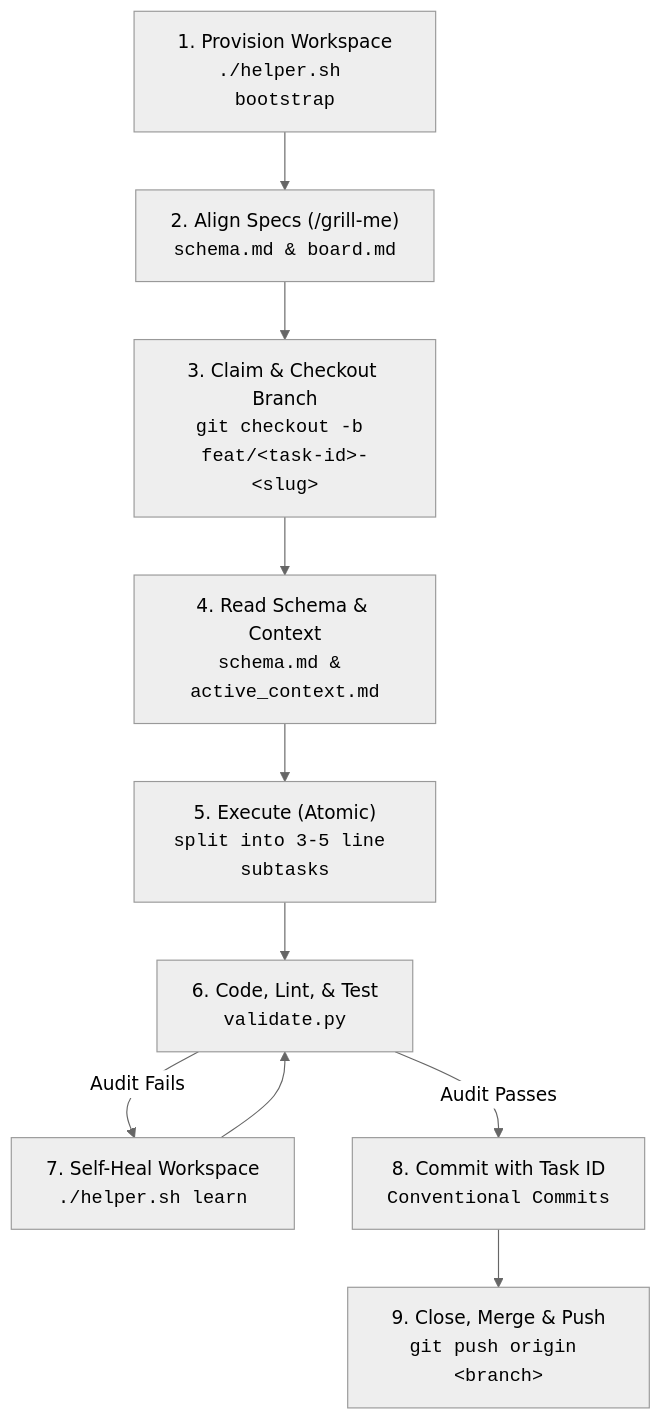
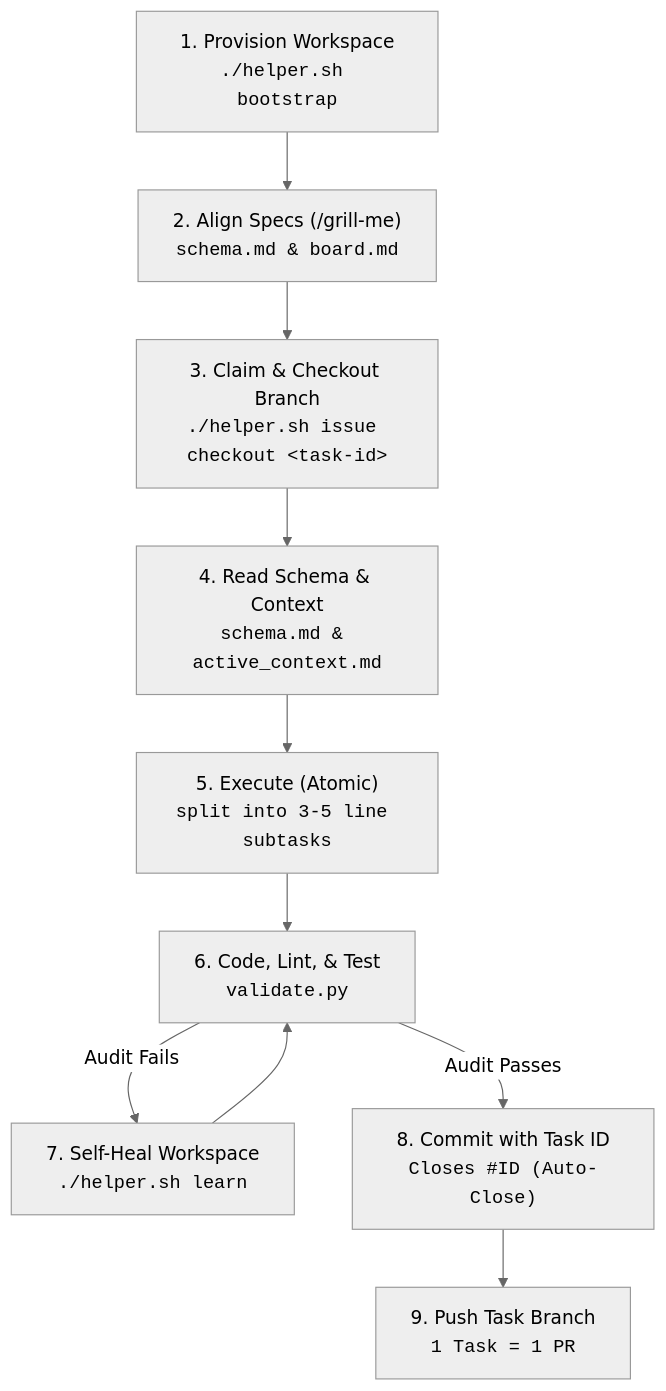
Before and after one commit to rafaelghif/antigravity-agents: the diagram in README.md, drawn with Mermaid (neutral theme). The commit also changed other lines of this file, not shown here.

Commit message:
docs: update readme with auto-close workflow and layout fixes
Refs: issue-382
Compliance-Audit: passed

````diff
--- a/README.md
+++ b/README.md
@@ -39,12 +39,12 @@
 ```mermaid
 flowchart TD
     A["1. Provision Workspace<br><code>./helper.sh bootstrap</code>"] --> B["2. Align Specs (/grill-me)<br><code>schema.md & board.md</code>"]
-    B --> C["3. Claim & Checkout Branch<br><code>git checkout -b feat/&lt;task-id&gt;-&lt;slug&gt;</code>"]
+    B --> C["3. Claim & Checkout Branch<br><code>./helper.sh issue checkout &lt;task-id&gt;</code>"]
     C --> D["4. Read Schema & Context<br><code>schema.md & active_context.md</code>"]
     D --> E["5. Execute (Atomic)<br><code>split into 3-5 line subtasks</code>"]
     E --> F["6. Code, Lint, &amp; Test<br><code>validate.py</code>"]
     F -- "Audit Fails" --> G["7. Self-Heal Workspace<br><code>./helper.sh learn</code>"]
     G --> F
-    F -- "Audit Passes" --> H["8. Commit with Task ID<br><code>Conventional Commits</code>"]
-    H --> I["9. Close, Merge &amp; Push<br><code>git push origin &lt;branch&gt;</code>"]
+    F -- "Audit Passes" --> H["8. Commit with Task ID<br><code>Closes #ID (Auto-Close)</code>"]
+    H --> I["9. Push Task Branch<br><code>1 Task = 1 PR</code>"]
 ```
````
